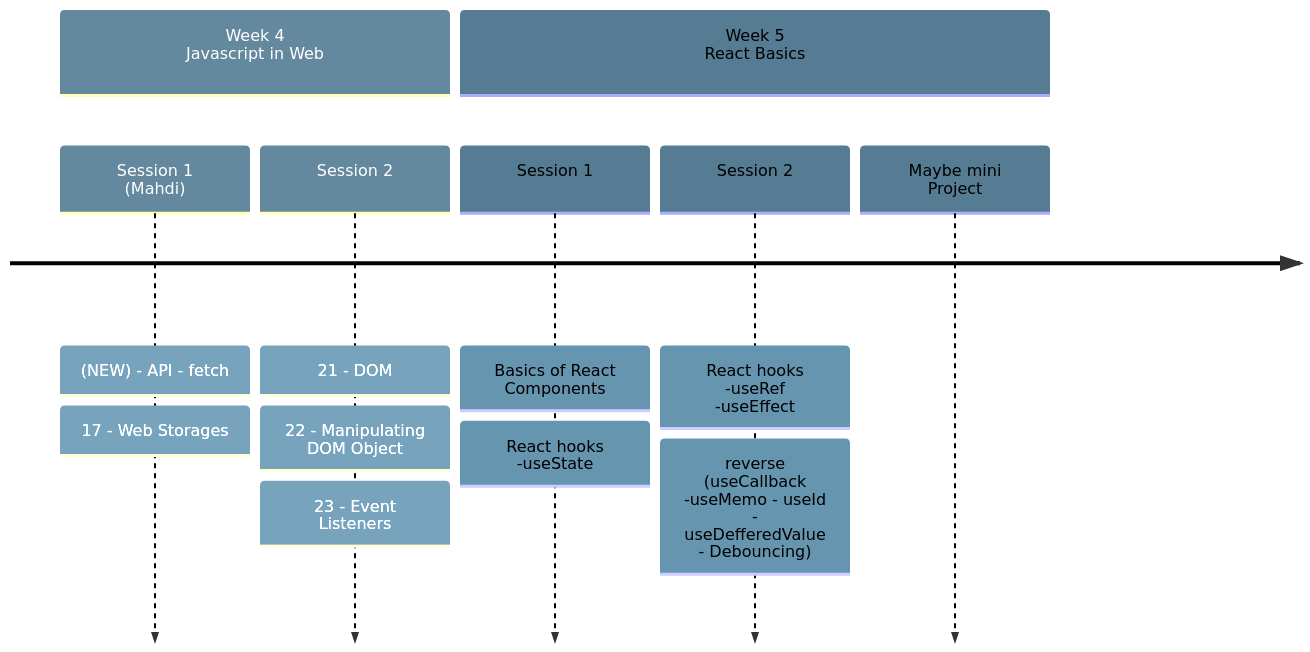
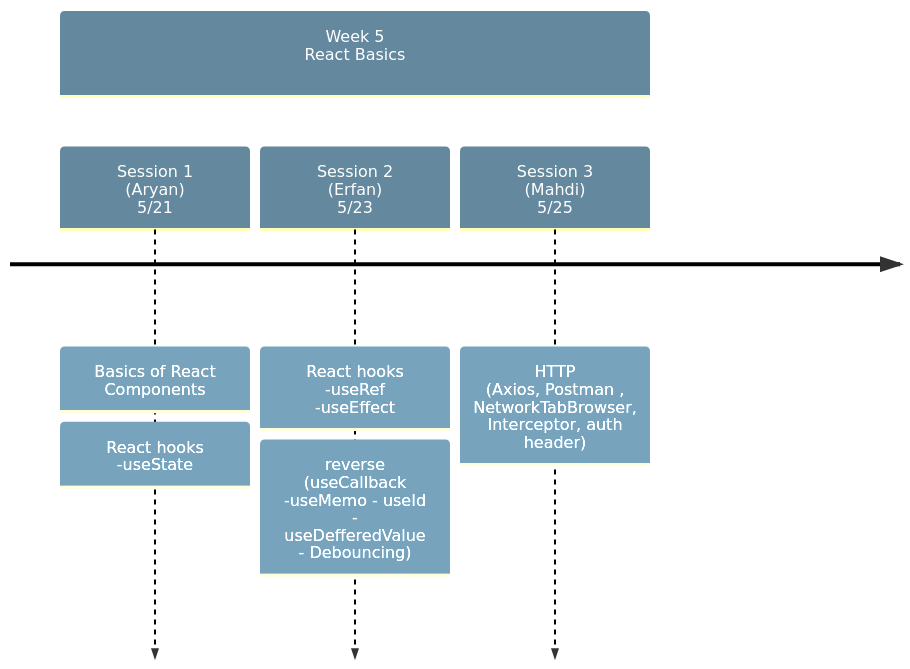
Before and after one commit to aryansabet/FrontendBootcamp: the fifth of 7 diagrams in README.md, drawn with Mermaid. The commit also changed other lines of this file, not shown here.

````diff
--- a/README.md
+++ b/README.md
@@ -69,30 +134,24 @@
 ```mermaid
 %%{init: { 'logLevel': 'debug', 'theme': 'default' , 'themeVariables': {
               'cScale0': '#64889D',
               'cScale1': '#557C93',
               'cScale2': '#42657E',
               'cScale3': '#1C3754',
               'cScale4': '#42657E',
               'cScale5': '#557C93',
               'cScale6': '#1C3754',
               'cScale7': '#64889D'
        }  } }%%
 timeline
-    section Week 4 <br> Javascript in Web
-        Session 1 <br> (Mahdi)
-            : (NEW) - API - fetch
-            : 17 - Web Storages
-        Session 2 
-            : 21 - DOM
-            : 22 - Manipulating DOM Object
-            : 23 - Event Listeners
     section Week 5 <br> React Basics
-        Session 1 
+        Session 1  <br> (Aryan) <br> 5/21
             : Basics of React Components
             : React hooks  <br> -useState
 
-        Session 2 
+        Session 2 <br> (Erfan) <br> 5/23
             : React hooks <br> -useRef <br> -useEffect
             : reverse <br> (useCallback -useMemo - useId - useDefferedValue - Debouncing)
-        Maybe mini Project 
+        Session 3 <br> (Mahdi) <br> 5/25
+            : HTTP <br> (Axios, Postman , NetworkTabBrowser, Interceptor, auth  header)
+
 ```
````
